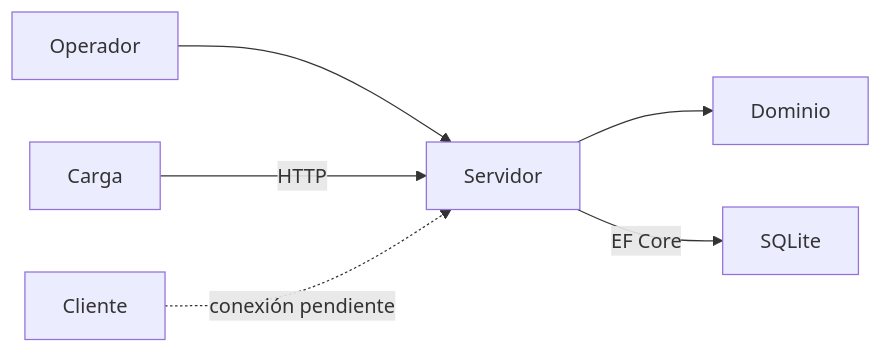
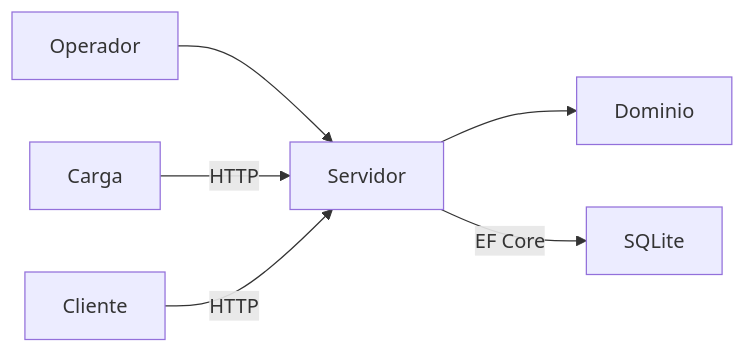
One commit to 51215927-spec/proyecto-integrador-final changed the first of 2 diagrams in docs/arquitectura.md. Above: the diagram before and after it, drawn with Mermaid. The commit also changed other lines of this file and 9 other files, not shown here.

````diff
--- a/docs/arquitectura.md
+++ b/docs/arquitectura.md
@@ -10,8 +10,8 @@
 ```mermaid
 flowchart LR
     Operador --> Servidor
     Carga -->|HTTP| Servidor
-    Cliente -. conexión pendiente .-> Servidor
+    Cliente -->|HTTP| Servidor
     Servidor --> Dominio
     Servidor -->|EF Core| SQLite
 ```
````
